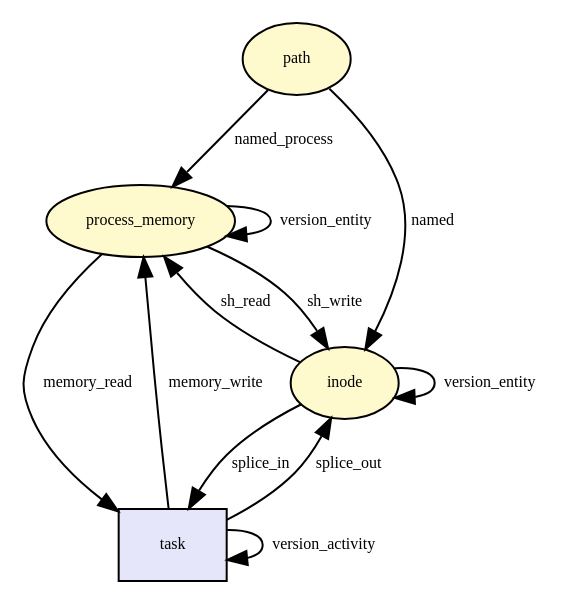
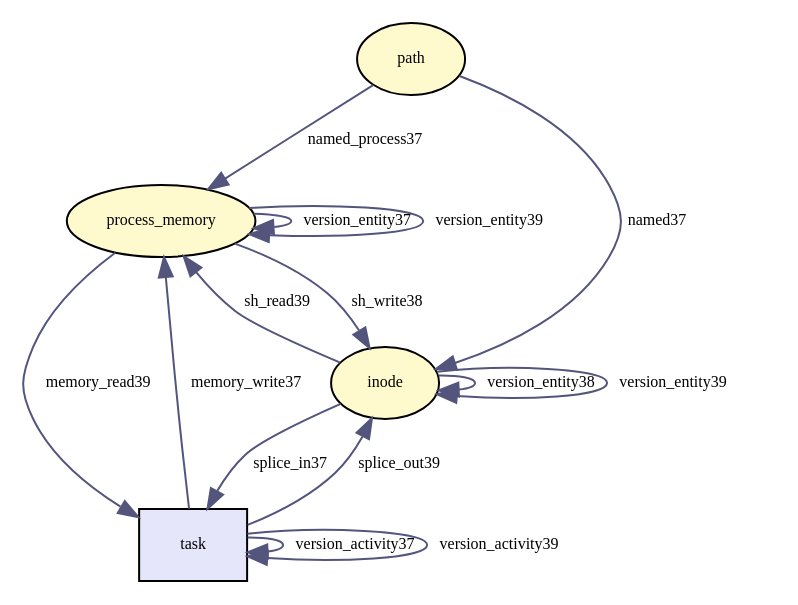
One commit to TinkerBellSystem/graph-matching changed the diagram in tmp/provenance_file_splice_pipe_to_pipe.dot. Above: the diagram before and after it, drawn with Graphviz. The commit also changed 64 other files, not shown here.

Commit message:
drawing graph. not great

```diff
--- a/tmp/provenance_file_splice_pipe_to_pipe.dot
+++ b/tmp/provenance_file_splice_pipe_to_pipe.dot
@@ -1,31 +1,37 @@
 digraph RGL__DirectedAdjacencyGraph {path[fontsize = 8,label = "path",shape = ellipse, fillcolor="#fffacd", style = filled]
 
 process_memory[fontsize = 8,label = "process_memory",shape = ellipse, fillcolor="#fffacd", style = filled]
 
-path -> process_memory[fontsize = 8,label = "named_process"]
+path -> process_memory[fontsize = 8,label = "named_process37", color="#53557d"]
 
 inode[fontsize = 8,label = "inode",shape = ellipse, fillcolor="#fffacd", style = filled]
 
-path -> inode[fontsize = 8,label = "named"]
+path -> inode[fontsize = 8,label = "named37", color="#53557d"]
 
 task[fontsize = 8,label = "task",shape = rectangle, fillcolor="#e6e6fa", style = filled]
 
-inode -> task[fontsize = 8,label = "splice_in"]
+task -> task[fontsize = 8,label = "version_activity37", color="#53557d"]
 
-task -> process_memory[fontsize = 8,label = "memory_write"]
+inode -> task[fontsize = 8,label = "splice_in37", color="#53557d"]
 
-task -> task[fontsize = 8,label = "version_activity"]
+process_memory -> process_memory[fontsize = 8,label = "version_entity37", color="#53557d"]
 
-process_memory -> process_memory[fontsize = 8,label = "version_entity"]
+task -> process_memory[fontsize = 8,label = "memory_write37", color="#53557d"]
 
-process_memory -> inode[fontsize = 8,label = "sh_write"]
+inode -> inode[fontsize = 8,label = "version_entity38", color="#53557d"]
 
-inode -> inode[fontsize = 8,label = "version_entity"]
+process_memory -> inode[fontsize = 8,label = "sh_write38", color="#53557d"]
 
-process_memory -> task[fontsize = 8,label = "memory_read"]
+process_memory -> process_memory[fontsize = 8,label = "version_entity39", color="#53557d"]
 
-task -> inode[fontsize = 8,label = "splice_out"]
+inode -> process_memory[fontsize = 8,label = "sh_read39", color="#53557d"]
 
-inode -> process_memory[fontsize = 8,label = "sh_read"]
+task -> task[fontsize = 8,label = "version_activity39", color="#53557d"]
+
+process_memory -> task[fontsize = 8,label = "memory_read39", color="#53557d"]
+
+inode -> inode[fontsize = 8,label = "version_entity39", color="#53557d"]
+
+task -> inode[fontsize = 8,label = "splice_out39", color="#53557d"]
 
 }
```
